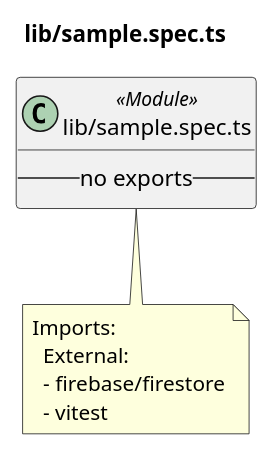
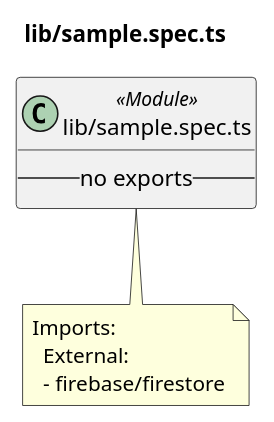
One commit to Natural-Highs/live changed the diagram in docs/diagrams/src/lib/sample.spec.ts.puml. Above: the diagram before and after it, drawn with PlantUML. The commit also changed 90 other files, not shown here.

Commit message:
refactor(docs): update docs/diagrams workflow for migration

```diff
--- a/docs/diagrams/src/lib/sample.spec.ts.puml
+++ b/docs/diagrams/src/lib/sample.spec.ts.puml
@@ -1,12 +1,11 @@
 @startuml lib__sample_spec_ts
 title lib/sample.spec.ts
 class "lib/sample.spec.ts" as lib_sample_spec_ts <<Module>> {
   -- no exports --
 }
 note bottom of lib_sample_spec_ts
   Imports:
     External:
     - firebase/firestore
-    - vitest
 end note
 @enduml
```
